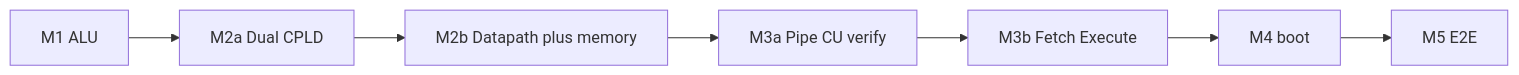
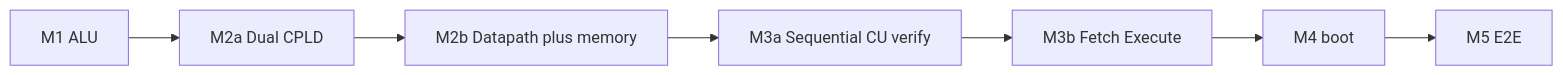
The diagram in reference/hw-bringup/README.md (Flkalas/swiver), drawn with Mermaid before and after one commit. The commit also changed other lines of this file and 36 other files, not shown here.

````diff
--- a/reference/hw-bringup/README.md
+++ b/reference/hw-bringup/README.md
@@ -13,9 +13,9 @@
 ```mermaid
 flowchart LR
   M1[M1 ALU] --> M2a[M2a Dual CPLD]
   M2a --> M2b[M2b Datapath plus memory]
-  M2b --> M3a[M3a Pipe CU verify]
+  M2b --> M3a[M3a Sequential CU verify]
   M3a --> M3b[M3b Fetch Execute]
   M3b --> M4[M4 boot]
   M4 --> M5[M5 E2E]
 ```
````
